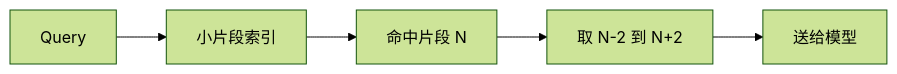
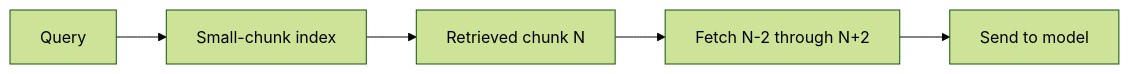
Before and after one commit to oneleaveknowsthefall/awesome-ai-roadmap: the second of 4 diagrams in docs/rag/02-ingestion-indexing/05-semantic-truncation.md, drawn with Mermaid (forest theme). The commit also changed other lines of this file and 60 other files, not shown here.

````diff
--- a/docs/rag/02-ingestion-indexing/05-semantic-truncation.md
+++ b/docs/rag/02-ingestion-indexing/05-semantic-truncation.md
@@ -60,7 +60,7 @@
 ```mermaid
 flowchart LR
-    Q[Query] --> IDX[小片段索引]
-    IDX --> HIT[命中片段 N]
-    HIT --> EXP[取 N-2 到 N+2]
-    EXP --> LLM[送给模型]
+    Q[Query] --> IDX[Small-chunk index]
+    IDX --> HIT[Retrieved chunk N]
+    HIT --> EXP[Fetch N-2 through N+2]
+    EXP --> LLM[Send to model]
 ```
````
